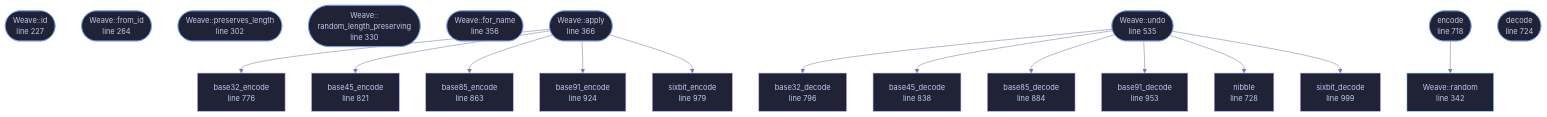
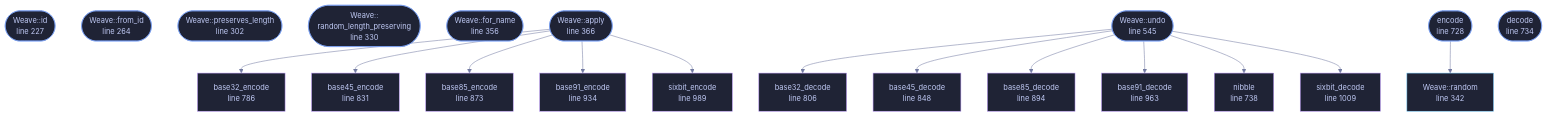
The diagram in docs/files/veilvoice-crypto/weave.md (tilas01/veilvoice), drawn with Mermaid before and after one commit. The commit also changed other lines of this file and 25 other files, not shown here.

````diff
--- a/docs/files/veilvoice-crypto/weave.md
+++ b/docs/files/veilvoice-crypto/weave.md
@@ -147,64 +147,64 @@
 ```mermaid
 %%{init: {"theme":"base","themeVariables":{"background":"#1a1b26","primaryColor":"#1f2335","primaryTextColor":"#c0caf5","primaryBorderColor":"#7aa2f7","secondaryColor":"#16161e","tertiaryColor":"#16161e","lineColor":"#737aa2","textColor":"#c0caf5","mainBkg":"#1f2335","nodeBorder":"#7aa2f7","clusterBkg":"#16161e","clusterBorder":"#2f3549","fontFamily":"ui-monospace, SFMono-Regular, Consolas, monospace","fontSize":"14px"}}}%%
 flowchart TD
     n_id(["Weave::id<br/>line 227"])
     n_from_id(["Weave::from_id<br/>line 264"])
     n_preserves_length(["Weave::preserves_length<br/>line 302"])
     n_random_length_preserving(["Weave::<br/>random_length_preserving<br/>line 330"])
     n_random["Weave::random<br/>line 342"]
     n_for_name(["Weave::for_name<br/>line 356"])
     n_apply(["Weave::apply<br/>line 366"])
-    n_undo(["Weave::undo<br/>line 535"])
-    n_encode(["encode<br/>line 718"])
-    n_decode(["decode<br/>line 724"])
-    n_nibble["nibble<br/>line 728"]
-    n_base32_encode["base32_encode<br/>line 776"]
-    n_base32_decode["base32_decode<br/>line 796"]
-    n_base45_encode["base45_encode<br/>line 821"]
-    n_base45_decode["base45_decode<br/>line 838"]
-    n_base85_encode["base85_encode<br/>line 863"]
-    n_base85_decode["base85_decode<br/>line 884"]
-    n_base91_encode["base91_encode<br/>line 924"]
-    n_base91_decode["base91_decode<br/>line 953"]
-    n_sixbit_encode["sixbit_encode<br/>line 979"]
-    n_sixbit_decode["sixbit_decode<br/>line 999"]
+    n_undo(["Weave::undo<br/>line 545"])
+    n_encode(["encode<br/>line 728"])
+    n_decode(["decode<br/>line 734"])
+    n_nibble["nibble<br/>line 738"]
+    n_base32_encode["base32_encode<br/>line 786"]
+    n_base32_decode["base32_decode<br/>line 806"]
+    n_base45_encode["base45_encode<br/>line 831"]
+    n_base45_decode["base45_decode<br/>line 848"]
+    n_base85_encode["base85_encode<br/>line 873"]
+    n_base85_decode["base85_decode<br/>line 894"]
+    n_base91_encode["base91_encode<br/>line 934"]
+    n_base91_decode["base91_decode<br/>line 963"]
+    n_sixbit_encode["sixbit_encode<br/>line 989"]
+    n_sixbit_decode["sixbit_decode<br/>line 1009"]
     n_apply --> n_base32_encode
     n_apply --> n_base45_encode
     n_apply --> n_base85_encode
     n_apply --> n_base91_encode
     n_apply --> n_sixbit_encode
     n_encode --> n_random
     n_undo --> n_base32_decode
     n_undo --> n_base45_decode
     n_undo --> n_base85_decode
     n_undo --> n_base91_decode
     n_undo --> n_nibble
     n_undo --> n_sixbit_decode
     click n_id href "https://github.com/tilas01/veilvoice/blob/main/crates/veilvoice-crypto/src/weave.rs#L227" "open the source"
     click n_from_id href "https://github.com/tilas01/veilvoice/blob/main/crates/veilvoice-crypto/src/weave.rs#L264" "open the source"
     click n_preserves_length href "https://github.com/tilas01/veilvoice/blob/main/crates/veilvoice-crypto/src/weave.rs#L302" "open the source"
     click n_random_length_preserving href "https://github.com/tilas01/veilvoice/blob/main/crates/veilvoice-crypto/src/weave.rs#L330" "open the source"
     click n_random href "https://github.com/tilas01/veilvoice/blob/main/crates/veilvoice-crypto/src/weave.rs#L342" "open the source"
     click n_for_name href "https://github.com/tilas01/veilvoice/blob/main/crates/veilvoice-crypto/src/weave.rs#L356" "open the source"
     click n_apply href "https://github.com/tilas01/veilvoice/blob/main/crates/veilvoice-crypto/src/weave.rs#L366" "open the source"
-    click n_undo href "https://github.com/tilas01/veilvoice/blob/main/crates/veilvoice-crypto/src/weave.rs#L535" "open the source"
-    click n_encode href "https://github.com/tilas01/veilvoice/blob/main/crates/veilvoice-crypto/src/weave.rs#L718" "open the source"
-    click n_decode href "https://github.com/tilas01/veilvoice/blob/main/crates/veilvoice-crypto/src/weave.rs#L724" "open the source"
-    click n_nibble href "https://github.com/tilas01/veilvoice/blob/main/crates/veilvoice-crypto/src/weave.rs#L728" "open the source"
-    click n_base32_encode href "https://github.com/tilas01/veilvoice/blob/main/crates/veilvoice-crypto/src/weave.rs#L776" "open the source"
-    click n_base32_decode href "https://github.com/tilas01/veilvoice/blob/main/crates/veilvoice-crypto/src/weave.rs#L796" "open the source"
-    click n_base45_encode href "https://github.com/tilas01/veilvoice/blob/main/crates/veilvoice-crypto/src/weave.rs#L821" "open the source"
-    click n_base45_decode href "https://github.com/tilas01/veilvoice/blob/main/crates/veilvoice-crypto/src/weave.rs#L838" "open the source"
-    click n_base85_encode href "https://github.com/tilas01/veilvoice/blob/main/crates/veilvoice-crypto/src/weave.rs#L863" "open the source"
-    click n_base85_decode href "https://github.com/tilas01/veilvoice/blob/main/crates/veilvoice-crypto/src/weave.rs#L884" "open the source"
-    click n_base91_encode href "https://github.com/tilas01/veilvoice/blob/main/crates/veilvoice-crypto/src/weave.rs#L924" "open the source"
-    click n_base91_decode href "https://github.com/tilas01/veilvoice/blob/main/crates/veilvoice-crypto/src/weave.rs#L953" "open the source"
-    click n_sixbit_encode href "https://github.com/tilas01/veilvoice/blob/main/crates/veilvoice-crypto/src/weave.rs#L979" "open the source"
-    click n_sixbit_decode href "https://github.com/tilas01/veilvoice/blob/main/crates/veilvoice-crypto/src/weave.rs#L999" "open the source"
+    click n_undo href "https://github.com/tilas01/veilvoice/blob/main/crates/veilvoice-crypto/src/weave.rs#L545" "open the source"
+    click n_encode href "https://github.com/tilas01/veilvoice/blob/main/crates/veilvoice-crypto/src/weave.rs#L728" "open the source"
+    click n_decode href "https://github.com/tilas01/veilvoice/blob/main/crates/veilvoice-crypto/src/weave.rs#L734" "open the source"
+    click n_nibble href "https://github.com/tilas01/veilvoice/blob/main/crates/veilvoice-crypto/src/weave.rs#L738" "open the source"
+    click n_base32_encode href "https://github.com/tilas01/veilvoice/blob/main/crates/veilvoice-crypto/src/weave.rs#L786" "open the source"
+    click n_base32_decode href "https://github.com/tilas01/veilvoice/blob/main/crates/veilvoice-crypto/src/weave.rs#L806" "open the source"
+    click n_base45_encode href "https://github.com/tilas01/veilvoice/blob/main/crates/veilvoice-crypto/src/weave.rs#L831" "open the source"
+    click n_base45_decode href "https://github.com/tilas01/veilvoice/blob/main/crates/veilvoice-crypto/src/weave.rs#L848" "open the source"
+    click n_base85_encode href "https://github.com/tilas01/veilvoice/blob/main/crates/veilvoice-crypto/src/weave.rs#L873" "open the source"
+    click n_base85_decode href "https://github.com/tilas01/veilvoice/blob/main/crates/veilvoice-crypto/src/weave.rs#L894" "open the source"
+    click n_base91_encode href "https://github.com/tilas01/veilvoice/blob/main/crates/veilvoice-crypto/src/weave.rs#L934" "open the source"
+    click n_base91_decode href "https://github.com/tilas01/veilvoice/blob/main/crates/veilvoice-crypto/src/weave.rs#L963" "open the source"
+    click n_sixbit_encode href "https://github.com/tilas01/veilvoice/blob/main/crates/veilvoice-crypto/src/weave.rs#L989" "open the source"
+    click n_sixbit_decode href "https://github.com/tilas01/veilvoice/blob/main/crates/veilvoice-crypto/src/weave.rs#L1009" "open the source"
     classDef entry fill:#1f2335,stroke:#7aa2f7,color:#c0caf5
     class n_id,n_from_id,n_preserves_length,n_random_length_preserving,n_for_name,n_apply,n_undo,n_encode,n_decode entry
     classDef api fill:#1f2335,stroke:#7dcfff,color:#c0caf5
     class n_random api
     classDef helper fill:#1f2335,stroke:#bb9af7,color:#c0caf5
     class n_nibble,n_base32_encode,n_base32_decode,n_base45_encode,n_base45_decode,n_base85_encode,n_base85_decode,n_base91_encode,n_base91_decode,n_sixbit_encode,n_sixbit_decode helper
 ```
````
